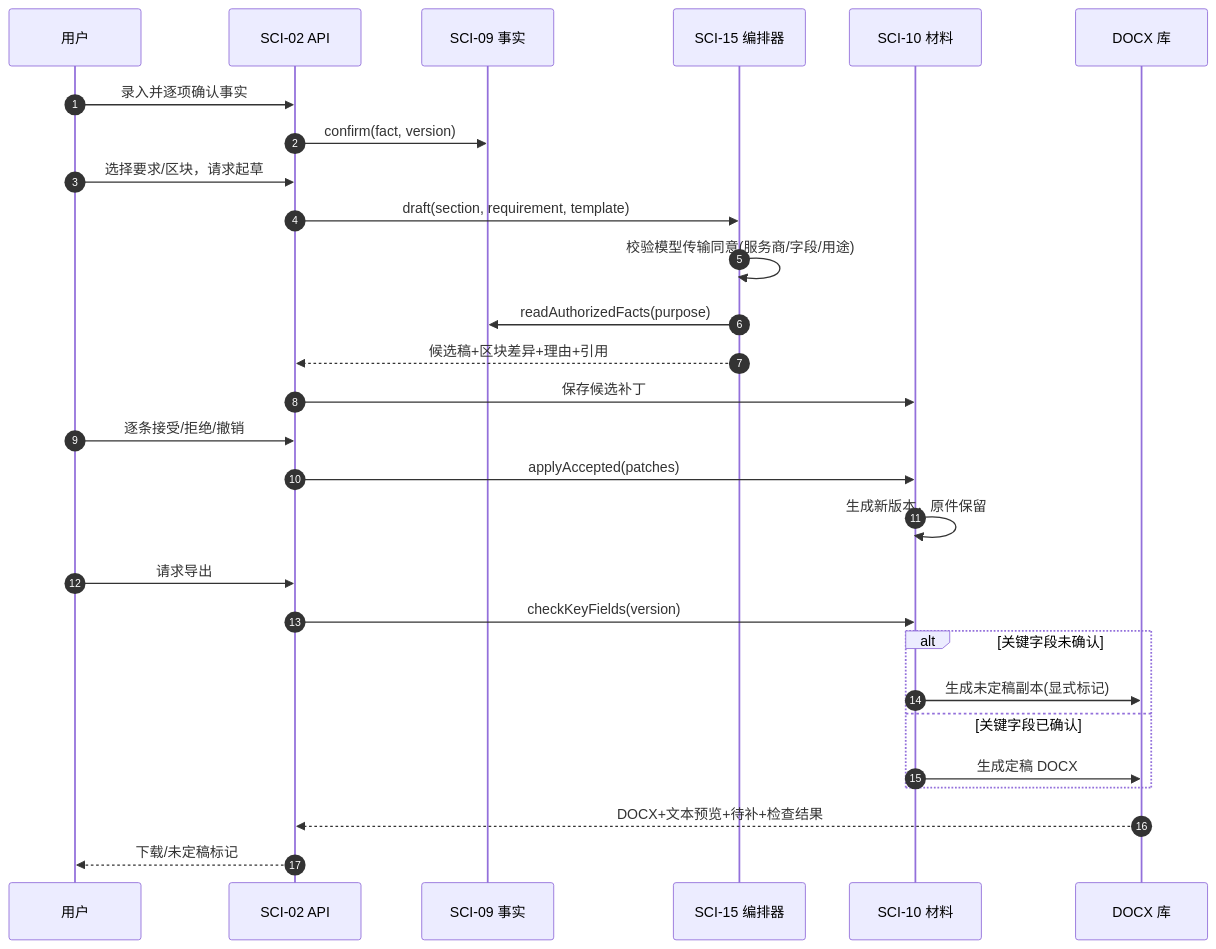
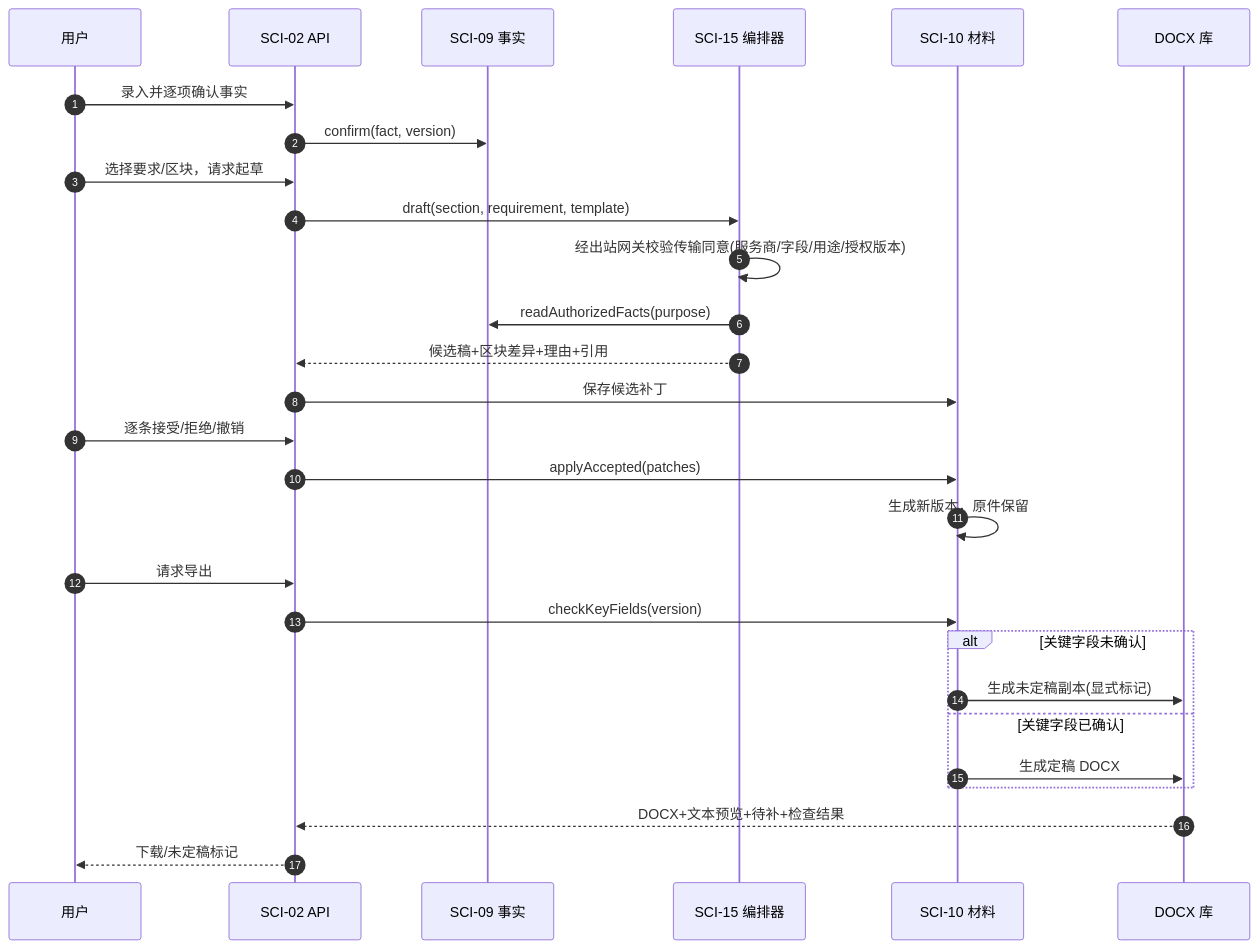
Before and after one commit to LotteryCamp/OfferPilot: diagram 13 of 23 in docs/design/system-design/offerpilot-system-design.md, drawn with Mermaid. The commit also changed other lines of this file and 1 other file, not shown here.

````diff
--- a/docs/design/system-design/offerpilot-system-design.md
+++ b/docs/design/system-design/offerpilot-system-design.md
@@ -1309,30 +1329,30 @@
 ```mermaid
 sequenceDiagram
     autonumber
     participant STU as 用户
     participant API as SCI-02 API
     participant FACT as SCI-09 事实
     participant AG as SCI-15 编排器
     participant MAT as SCI-10 材料
     participant DX as DOCX 库
     STU->>API: 录入并逐项确认事实
     API->>FACT: confirm(fact, version)
     STU->>API: 选择要求/区块，请求起草
     API->>AG: draft(section, requirement, template)
-    AG->>AG: 校验模型传输同意(服务商/字段/用途)
+    AG->>AG: 经出站网关校验传输同意(服务商/字段/用途/授权版本)
     AG->>FACT: readAuthorizedFacts(purpose)
     AG-->>API: 候选稿+区块差异+理由+引用
     API->>MAT: 保存候选补丁
     STU->>API: 逐条接受/拒绝/撤销
     API->>MAT: applyAccepted(patches)
     MAT->>MAT: 生成新版本，原件保留
     STU->>API: 请求导出
     API->>MAT: checkKeyFields(version)
     alt 关键字段未确认
         MAT->>DX: 生成未定稿副本(显式标记)
     else 关键字段已确认
         MAT->>DX: 生成定稿 DOCX
     end
     DX-->>API: DOCX+文本预览+待补+检查结果
     API-->>STU: 下载/未定稿标记
 ```
````
